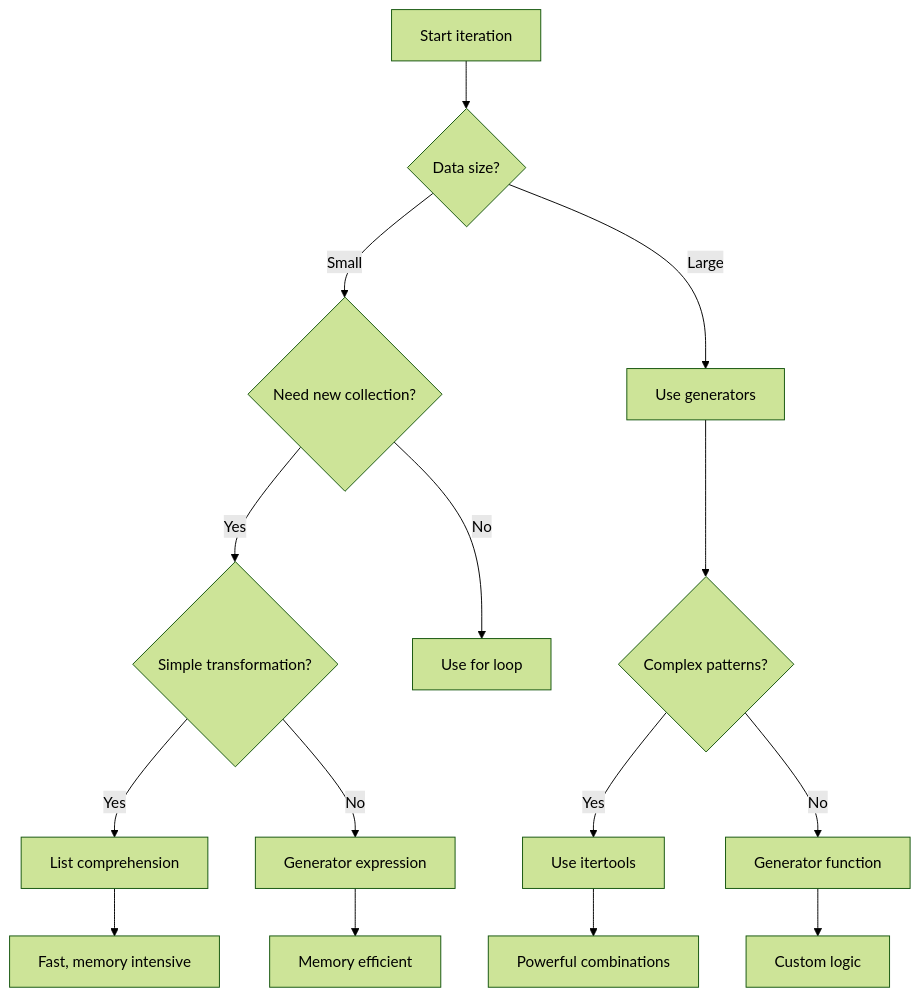
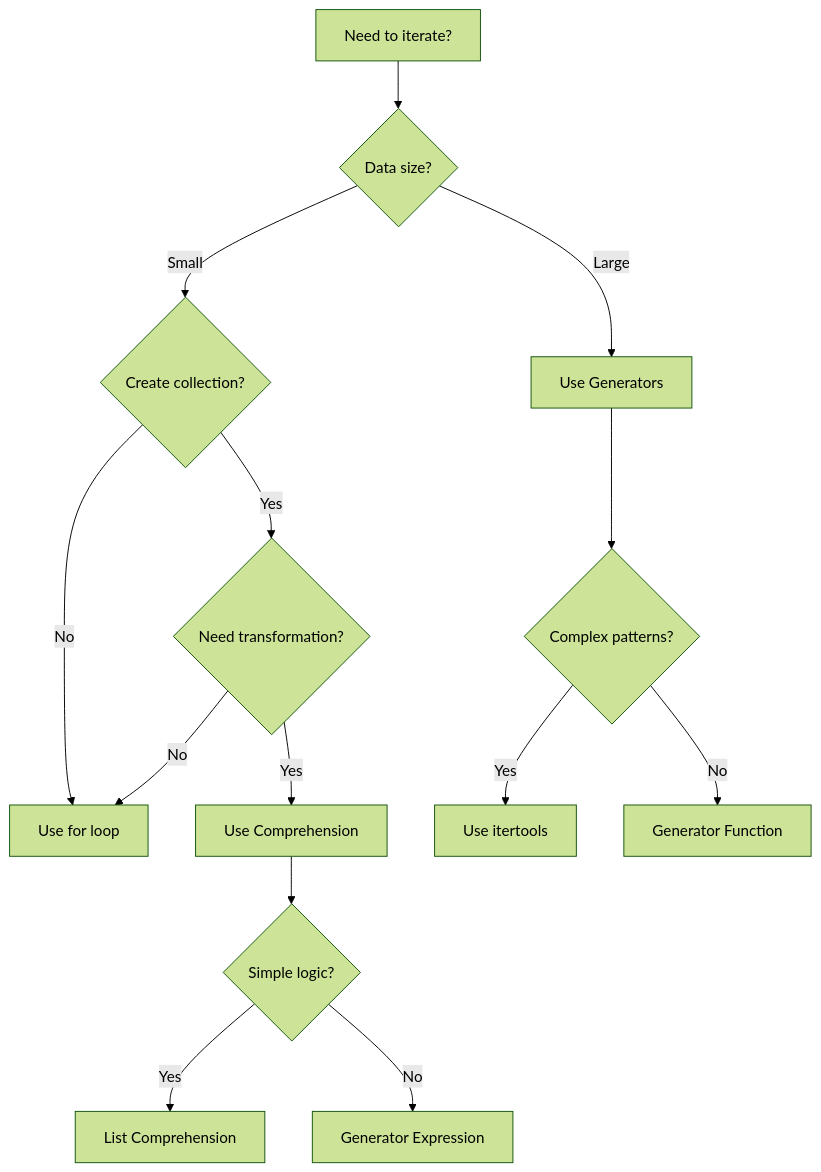
The sixth of 6 diagrams in source/_posts/Python-Looping-Iterators-The-Comprehensive-Guide.md (whereq/whereq.github.io-hexo), drawn with Mermaid (forest theme) before and after one commit. The commit also changed other lines of this file, not shown here.

````diff
--- a/source/_posts/Python-Looping-Iterators-The-Comprehensive-Guide.md
+++ b/source/_posts/Python-Looping-Iterators-The-Comprehensive-Guide.md
@@ -707,21 +698,20 @@
 ```mermaid
-flowchart TD
-    A[Start iteration] --> B{Data size?}
-    B -->|Small| C{Need new collection?}
-    B -->|Large| D[Use generators]
+graph TD
+    Start[Need to iterate?] --> Small{Data size?}
+    Small -->|Small| Create{Create collection?}
+    Small -->|Large| Lazy[Use Generators]
     
-    C -->|Yes| E{Simple transformation?}
-    C -->|No| F[Use for loop]
+    Create -->|Yes| Transform{Need transformation?}
+    Create -->|No| Loop[Use for loop]
     
-    E -->|Yes| G[List comprehension]
-    E -->|No| H[Generator expression]
+    Transform -->|Yes| Comp[Use Comprehension]
+    Transform -->|No| Loop
     
-    D --> I{Complex patterns?}
-    I -->|Yes| J[Use itertools]
-    I -->|No| K[Generator function]
+    Comp --> Simple{Simple logic?}
+    Simple -->|Yes| LC[List Comprehension]
+    Simple -->|No| GenExp[Generator Expression]
     
-    G --> L[Fast, memory intensive]
-    H --> M[Memory efficient]
-    J --> N[Powerful combinations]
-    K --> O[Custom logic]
+    Lazy --> IOTools{Complex patterns?}
+    IOTools -->|Yes| Itertools[Use itertools]
+    IOTools -->|No| GenFunc[Generator Function]
 ```
````
